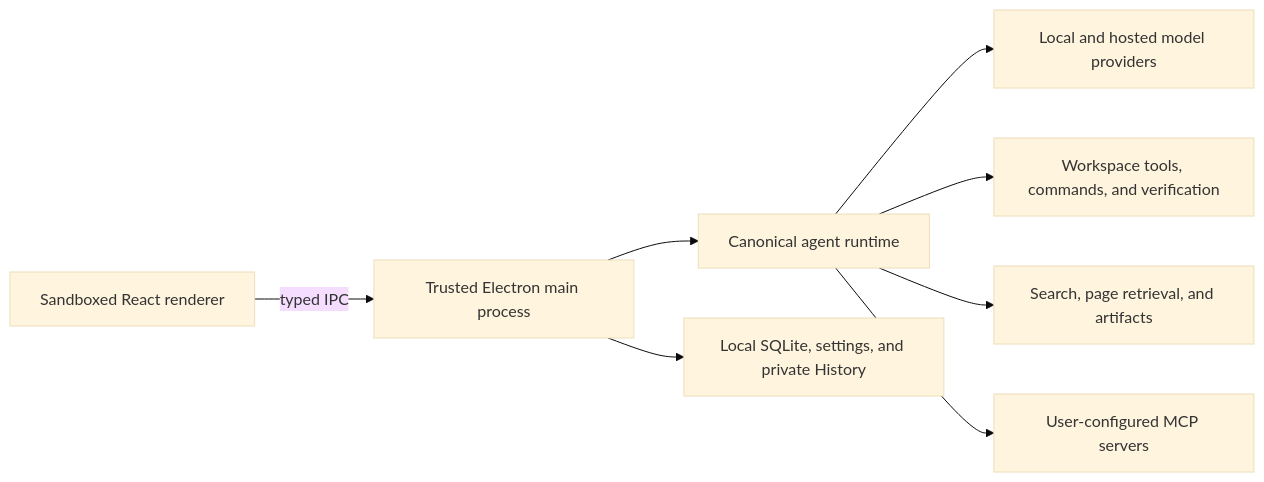
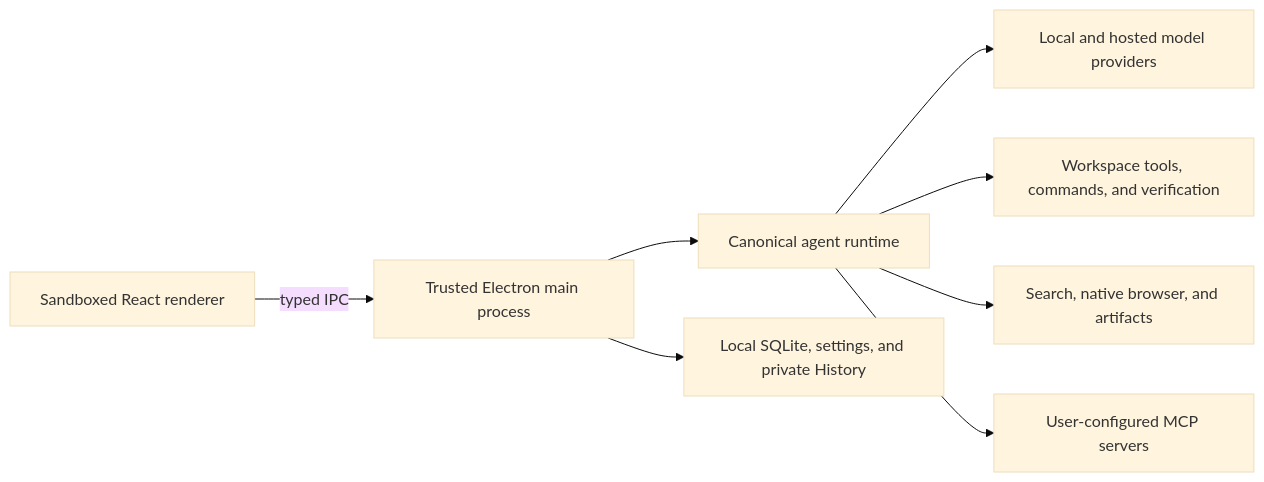
One commit to eponce00/sidekick changed the diagram in README.md. Above: the diagram before and after it, drawn with Mermaid (base theme). The commit also changed other lines of this file and 245 other files, not shown here.

````diff
--- a/README.md
+++ b/README.md
@@ -214,10 +222,10 @@
 ```mermaid
 flowchart LR
   UI["Sandboxed React renderer"] -->|"typed IPC"| Main["Trusted Electron main process"]
   Main --> Runtime["Canonical agent runtime"]
   Runtime --> Providers["Local and hosted model providers"]
   Runtime --> Workspace["Workspace tools, commands, and verification"]
-  Runtime --> Web["Search, page retrieval, and artifacts"]
+  Runtime --> Web["Search, native browser, and artifacts"]
   Runtime --> MCP["User-configured MCP servers"]
   Main --> Data["Local SQLite, settings, and private History"]
 ```
````
